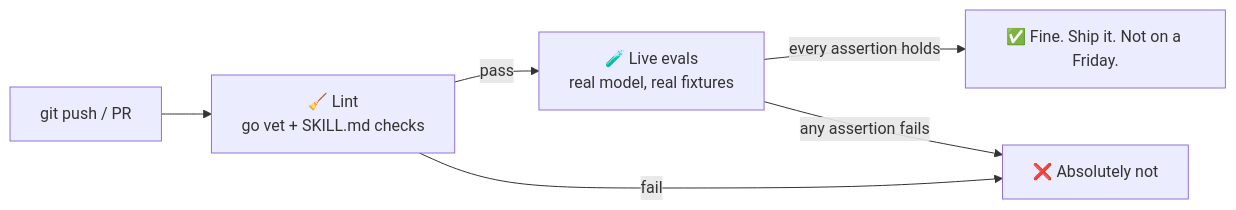
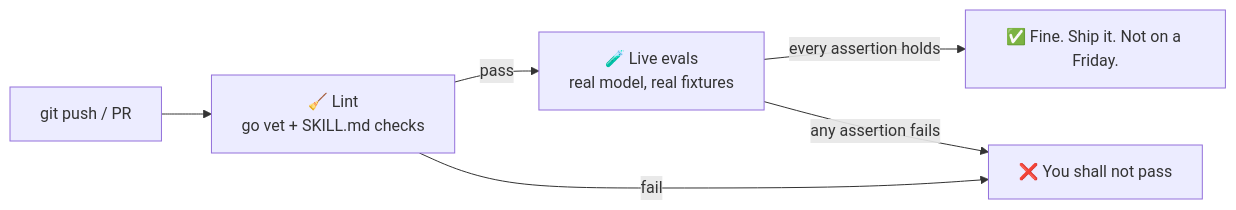
One commit to drarnold/greybeard changed the third of 4 diagrams in README.md. Above: the diagram before and after it, drawn with Mermaid. The commit also changed other lines of this file and 34 other files, not shown here.

````diff
--- a/README.md
+++ b/README.md
@@ -100,8 +202,8 @@
 ```mermaid
 flowchart LR
     P["git push / PR"] --> L["🧹 Lint<br/>go vet + SKILL.md checks"]
     L -->|pass| E["🧪 Live evals<br/>real model, real fixtures"]
-    L -->|fail| X["❌ Absolutely not"]
+    L -->|fail| X["❌ You shall not pass"]
     E -->|every assertion holds| OK["✅ Fine. Ship it. Not on a Friday."]
     E -->|any assertion fails| X
 ```
````
